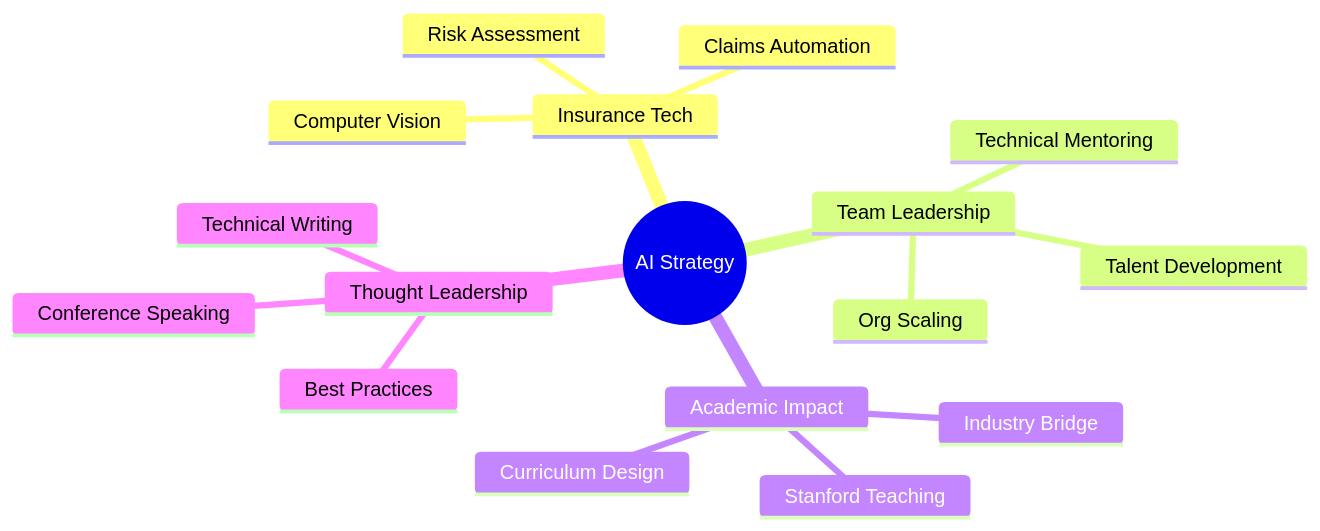
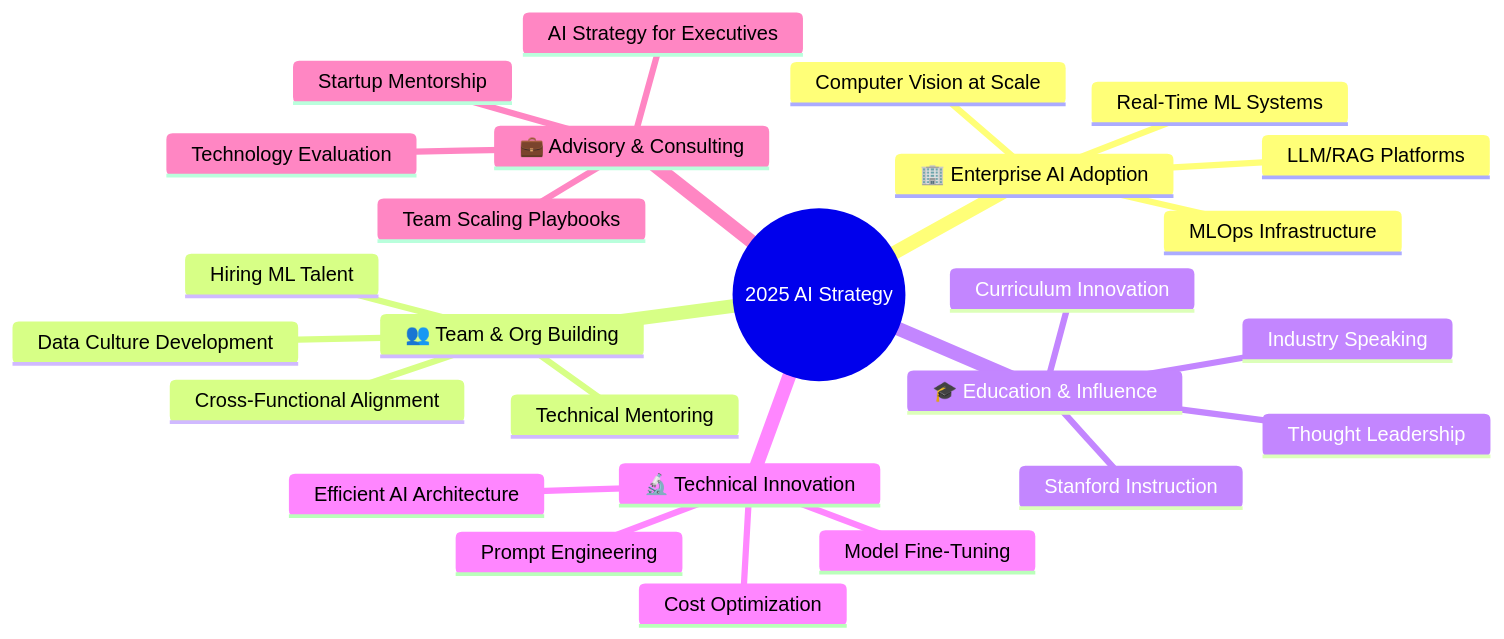
The second of 3 diagrams in README.md (wgu9/wgu9), drawn with Mermaid before and after one commit. The commit also changed other lines of this file, not shown here.

Commit message:
Add unique AI/data insights, featured projects, and enhanced professional presentation

````diff
--- a/README.md
+++ b/README.md
@@ -147,20 +439,29 @@
 ```mermaid
 mindmap
-  root((AI Strategy))
-    Insurance Tech
-      Computer Vision
-      Claims Automation
-      Risk Assessment
-    Team Leadership
-      Talent Development
-      Org Scaling
+  root((2025 AI Strategy))
+    🏢 Enterprise AI Adoption
+      LLM/RAG Platforms
+      Computer Vision at Scale
+      Real-Time ML Systems
+      MLOps Infrastructure
+    👥 Team & Org Building
+      Hiring ML Talent
+      Cross-Functional Alignment
       Technical Mentoring
-    Academic Impact
-      Stanford Teaching
-      Curriculum Design
-      Industry Bridge
-    Thought Leadership
-      Conference Speaking
-      Technical Writing
-      Best Practices
+      Data Culture Development
+    🎓 Education & Influence
+      Stanford Instruction
+      Industry Speaking
+      Curriculum Innovation
+      Thought Leadership
+    🔬 Technical Innovation
+      Prompt Engineering
+      Model Fine-Tuning
+      Efficient AI Architecture
+      Cost Optimization
+    💼 Advisory & Consulting
+      AI Strategy for Executives
+      Team Scaling Playbooks
+      Technology Evaluation
+      Startup Mentorship
 ```
````
